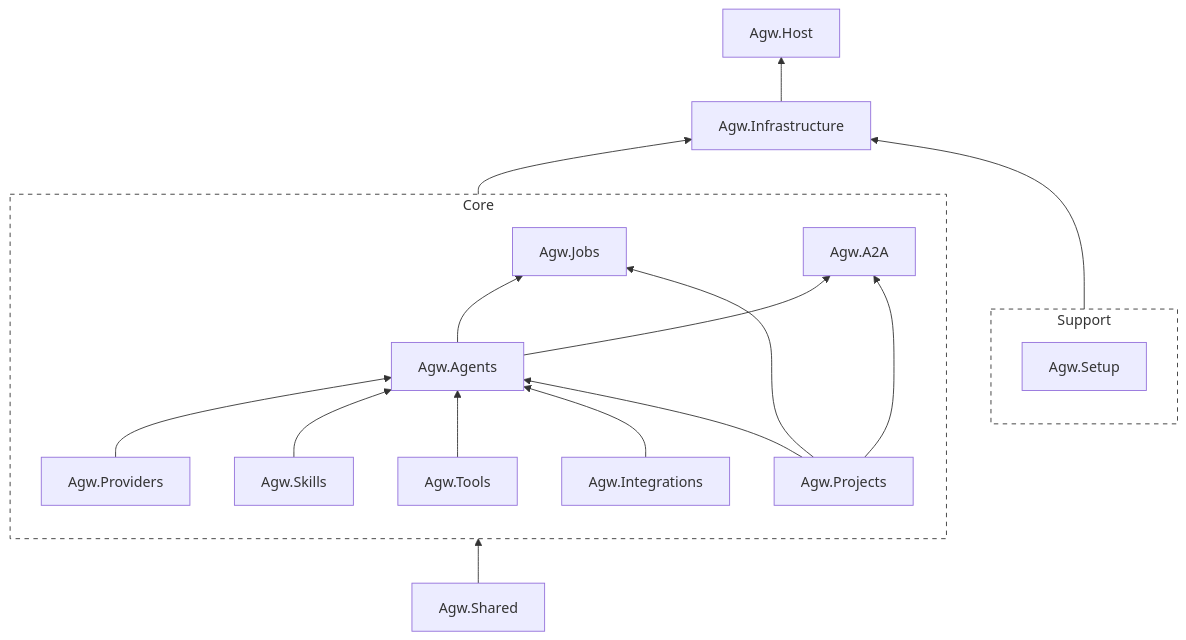
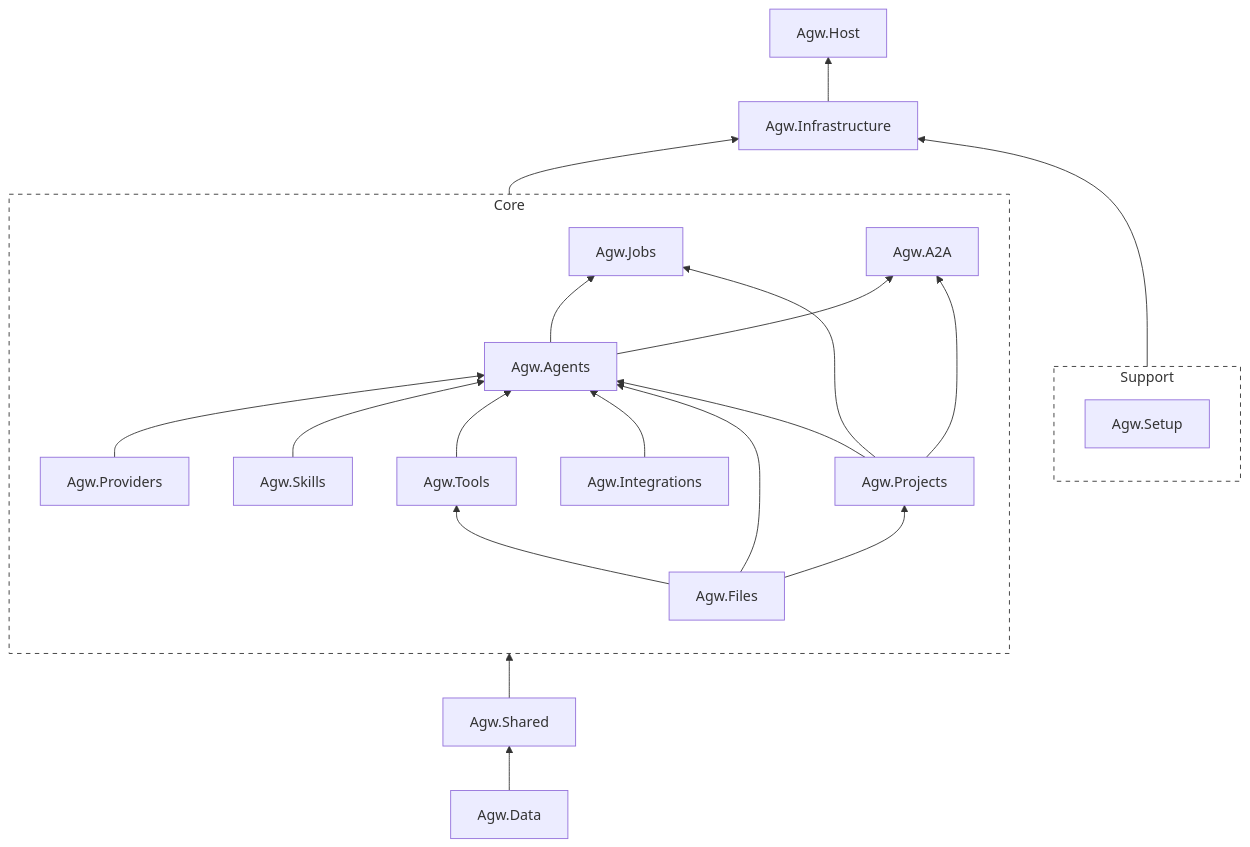
The diagram in README.md (zxyao145/agw), drawn with Mermaid before and after one commit. The commit also changed other lines of this file and 29 other files, not shown here.

````diff
--- a/README.md
+++ b/README.md
@@ -164,51 +168,56 @@
 ```mermaid
 flowchart BT
     Agw.Host
     Agw.Infrastructure
 
     subgraph Core
         direction BT
         Agw.Jobs
         Agw.A2A
         Agw.Agents
         Agw.Providers
         Agw.Skills
         Agw.Tools
+        Agw.Files
         Agw.Integrations
         Agw.Projects
 
         %% Relationships
         Agw.Agents --> Agw.Jobs
         Agw.Agents --> Agw.A2A
 
 
         Agw.Providers --> Agw.Agents
         Agw.Skills --> Agw.Agents
         Agw.Tools --> Agw.Agents
         Agw.Integrations --> Agw.Agents
+        Agw.Files --> Agw.Agents
 
 
         Agw.Projects --> Agw.Agents
         Agw.Projects --> Agw.Jobs
         Agw.Projects --> Agw.A2A
+        Agw.Files --> Agw.Projects
+        Agw.Files --> Agw.Tools
 
     end
 
     subgraph Support
         Agw.Setup[Agw.Setup]
     end
 
     Agw.Shared 
 
+    Agw.Data --> Agw.Shared
     Agw.Shared --> Core
 
     Core --> Agw.Infrastructure
     Support --> Agw.Infrastructure
 
     Agw.Infrastructure --> Agw.Host
 
 
     %% styles
     style Core fill:none,stroke:#333,stroke-dasharray: 5 5
     style Support fill:none,stroke:#333,stroke-dasharray: 5 5
 ```
````
